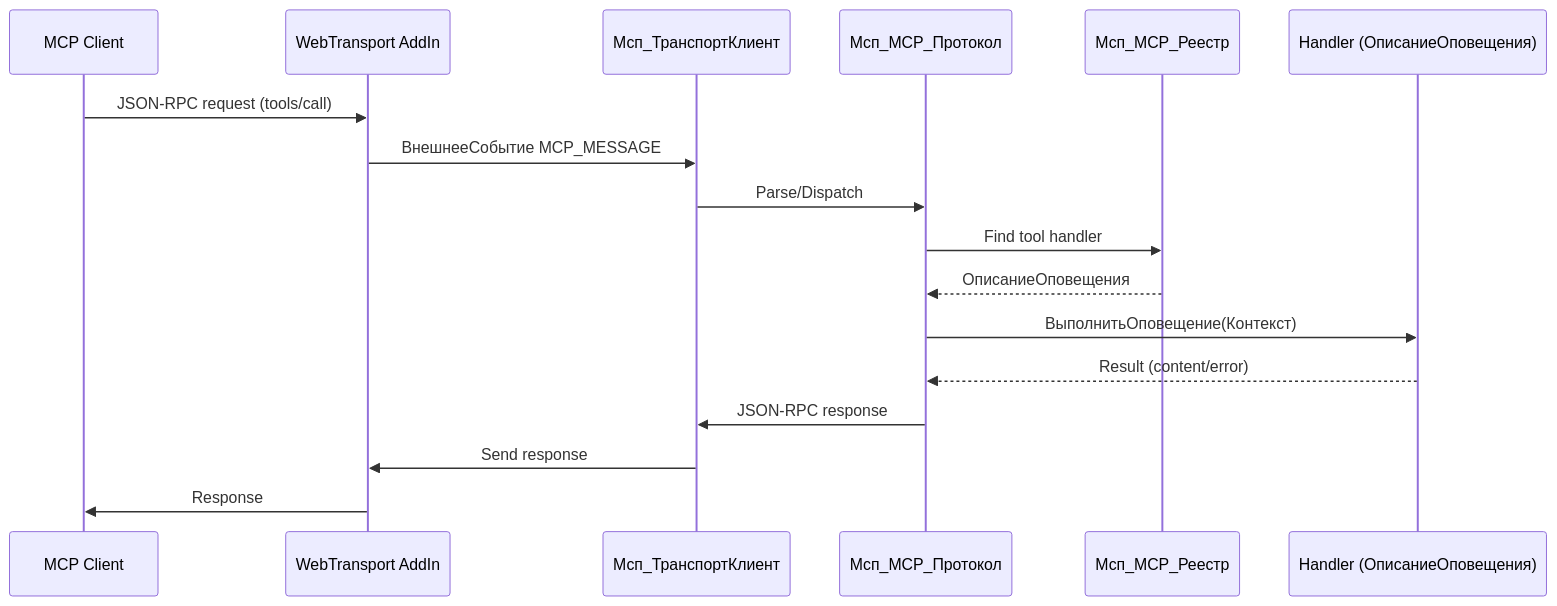
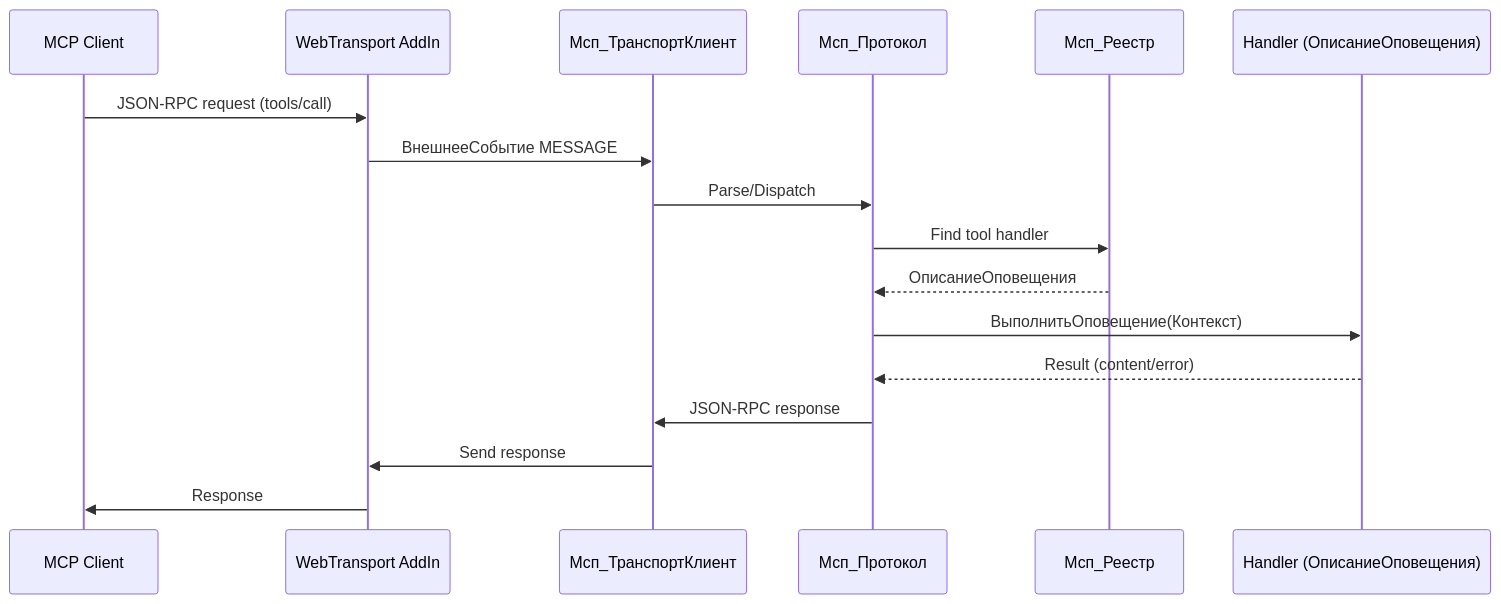
One commit to SandersNeo/onec-client-mcp-devkit changed the third of 4 diagrams in ARCHITECTURE.md. Above: the diagram before and after it, drawn with Mermaid. The commit also changed other lines of this file and 9 other files, not shown here.

````diff
--- a/ARCHITECTURE.md
+++ b/ARCHITECTURE.md
@@ -35,20 +35,20 @@
 ```mermaid
 sequenceDiagram
   participant C as MCP Client
   participant T as WebTransport AddIn
   participant S as Мсп_ТранспортКлиент
-  participant P as Мсп_MCP_Протокол
-  participant R as Мсп_MCP_Реестр
+  participant P as Мсп_Протокол
+  participant R as Мсп_Реестр
   participant H as Handler (ОписаниеОповещения)
 
   C->>T: JSON-RPC request (tools/call)
-  T->>S: ВнешнееСобытие MCP_MESSAGE
+  T->>S: ВнешнееСобытие MESSAGE
   S->>P: Parse/Dispatch
   P->>R: Find tool handler
   R-->>P: ОписаниеОповещения
   P->>H: ВыполнитьОповещение(Контекст)
   H-->>P: Result (content/error)
   P->>S: JSON-RPC response
   S->>T: Send response
   T->>C: Response
 ```
````
